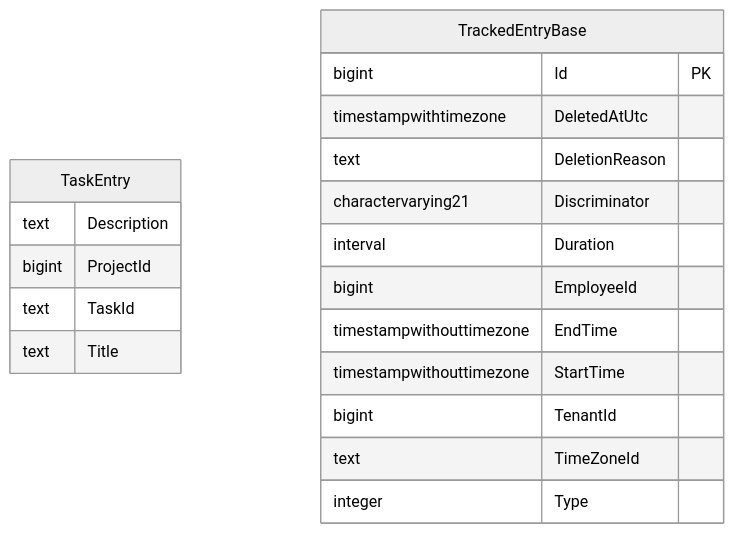
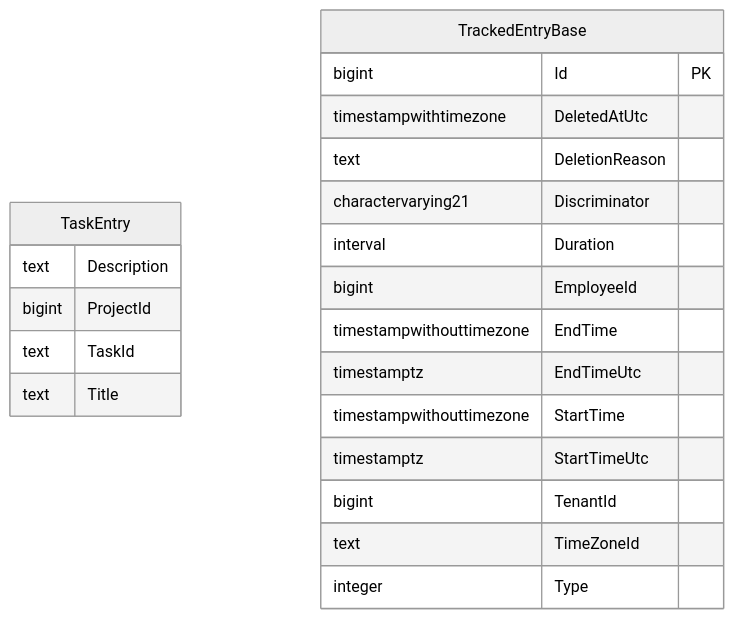
One commit to TourmalineCore/inner-circle-time-api changed the first of 2 diagrams in README.md. Above: the diagram before and after it, drawn with Mermaid.

Commit message:
docs(readme): Update Mermaid DB Schema Diagram in README.md (siren-gen)

````diff
--- a/README.md
+++ b/README.md
@@ -103,23 +103,25 @@
 ```mermaid
 	erDiagram
 	%%{init: {'theme':'neutral'}}%%
 	TaskEntry {
 		text Description 
 		bigint ProjectId 
 		text TaskId 
 		text Title 
 	}
 	TrackedEntryBase {
 		bigint Id PK
 		timestampwithtimezone DeletedAtUtc 
 		text DeletionReason 
 		charactervarying21 Discriminator 
 		interval Duration 
 		bigint EmployeeId 
 		timestampwithouttimezone EndTime 
+		timestamptz EndTimeUtc 
 		timestampwithouttimezone StartTime 
+		timestamptz StartTimeUtc 
 		bigint TenantId 
 		text TimeZoneId 
 		integer Type 
 	}
 ```
````
